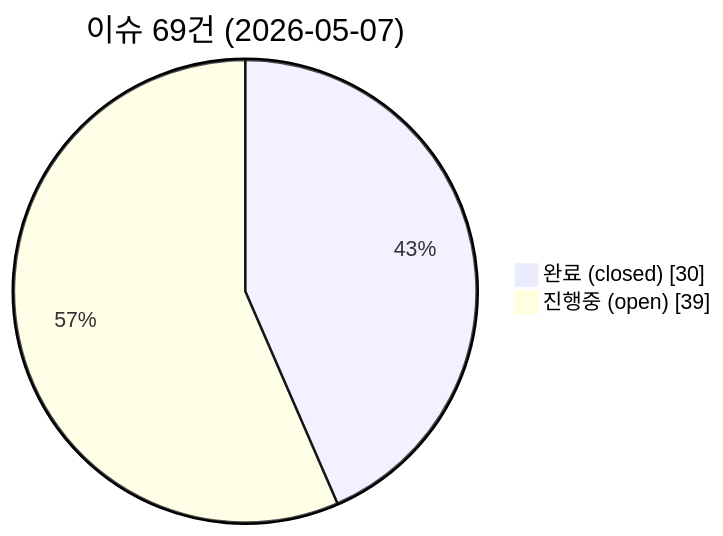
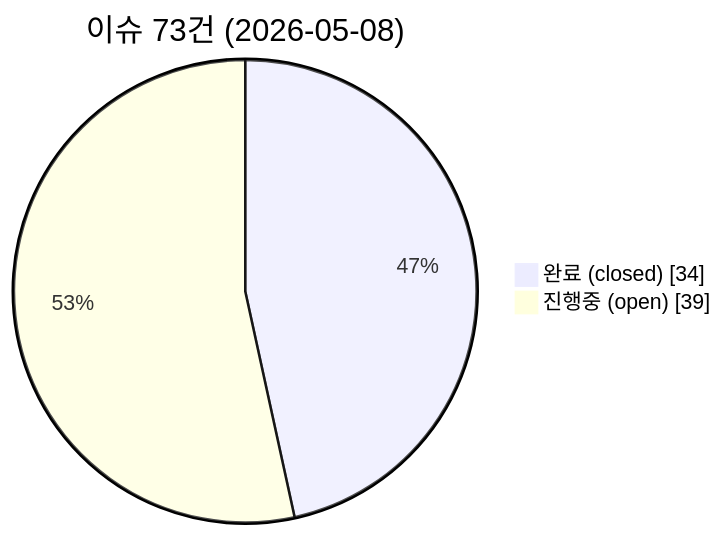
The first of 4 diagrams in README.md (holee9/MD-process), drawn with Mermaid before and after one commit. The commit also changed other lines of this file, not shown here.

````diff
--- a/README.md
+++ b/README.md
@@ -88,6 +88,6 @@
 ```mermaid
 pie showData
-    title 이슈 69건 (2026-05-07)
-    "완료 (closed)" : 30
+    title 이슈 73건 (2026-05-08)
+    "완료 (closed)" : 34
     "진행중 (open)" : 39
 ```
````
